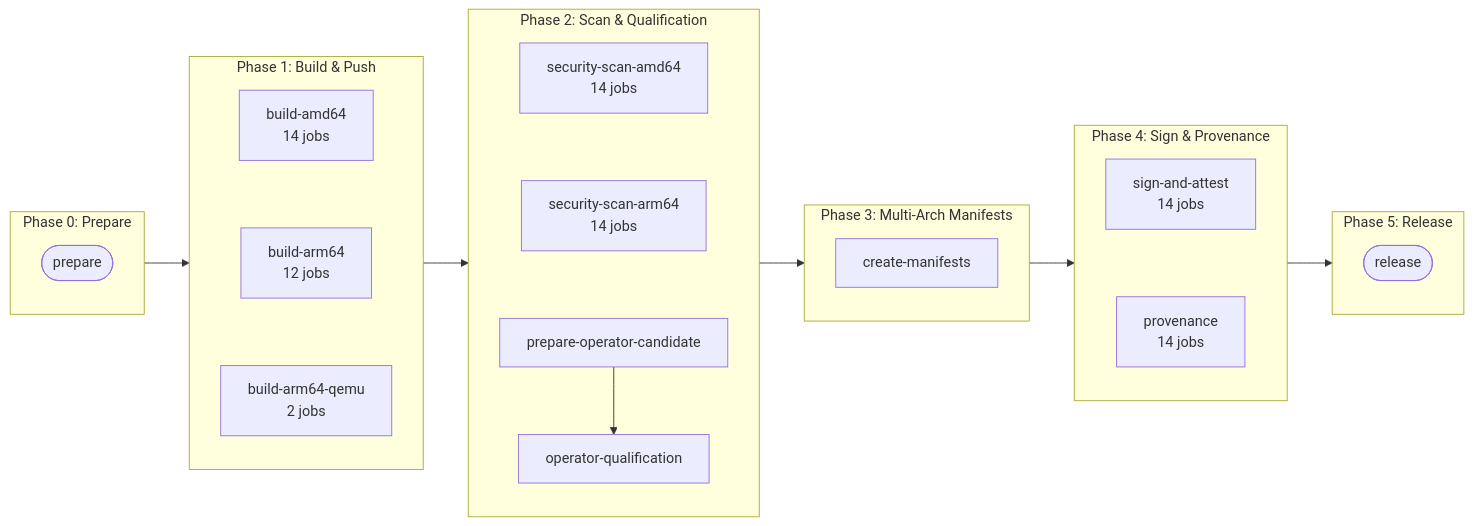
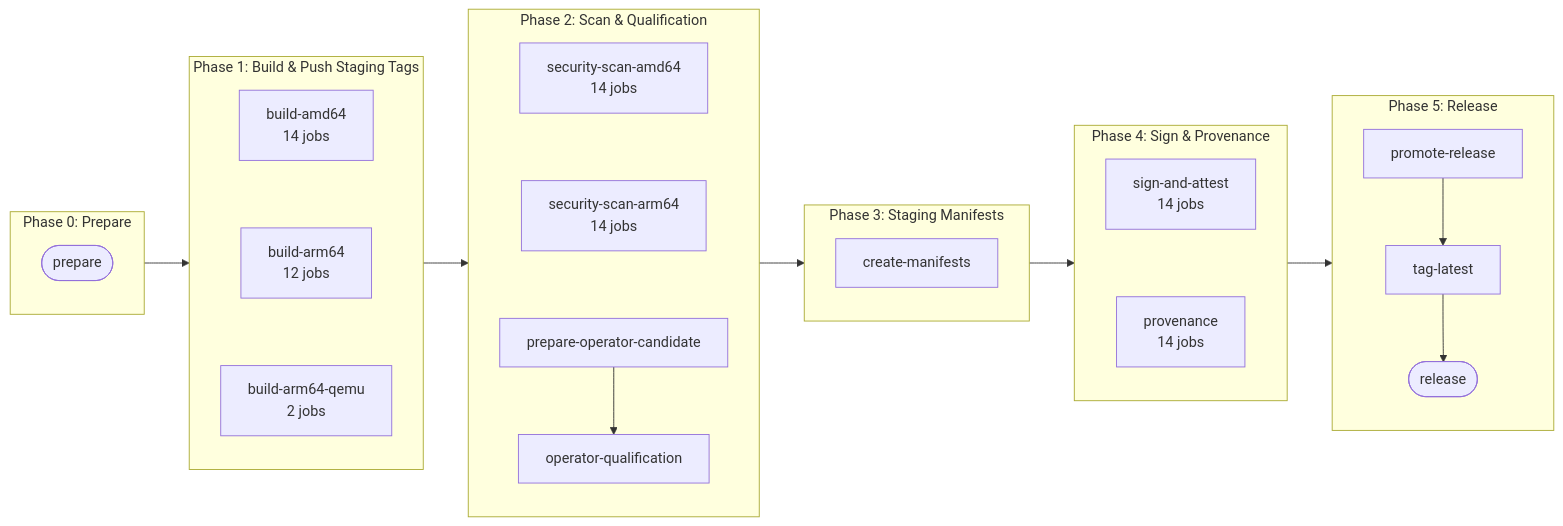
Before and after one commit to jordigilh/kubernaut: the second of 2 diagrams in docs/development/release/RELEASE_GUIDE.md, drawn with Mermaid. The commit also changed other lines of this file and 5 other files, not shown here.

Commit message:
fix(release): promote only qualified image digests

````diff
--- a/docs/development/release/RELEASE_GUIDE.md
+++ b/docs/development/release/RELEASE_GUIDE.md
@@ -431,42 +431,45 @@
 ```mermaid
 flowchart LR
     subgraph P0["Phase 0: Prepare"]
         prepare(["prepare"])
     end
 
-    subgraph P1["Phase 1: Build & Push"]
+    subgraph P1["Phase 1: Build & Push Staging Tags"]
         direction TB
         buildamd64["build-amd64\n14 jobs"]
         buildarm64["build-arm64\n12 jobs"]
         buildarm64qemu["build-arm64-qemu\n2 jobs"]
         buildamd64 ~~~ buildarm64 ~~~ buildarm64qemu
     end
 
     subgraph P2["Phase 2: Scan & Qualification"]
         direction TB
         scanamd64["security-scan-amd64\n14 jobs"]
         scanarm64["security-scan-arm64\n14 jobs"]
         candidate["prepare-operator-candidate"]
         qualification["operator-qualification"]
         candidate --> qualification
         scanamd64 ~~~ scanarm64 ~~~ candidate
     end
 
-    subgraph P3["Phase 3: Multi-Arch Manifests"]
+    subgraph P3["Phase 3: Staging Manifests"]
         direction TB
         manifests["create-manifests"]
     end
 
     subgraph P4["Phase 4: Sign & Provenance"]
         direction TB
         signattest["sign-and-attest\n14 jobs"]
         provenance["provenance\n14 jobs"]
         signattest ~~~ provenance
     end
 
     subgraph P5["Phase 5: Release"]
+        promote["promote-release"]
+        latest["tag-latest"]
         release(["release"])
+        promote --> latest --> release
     end
 
     P0 --> P1 --> P2 --> P3 --> P4 --> P5
 ```
````
